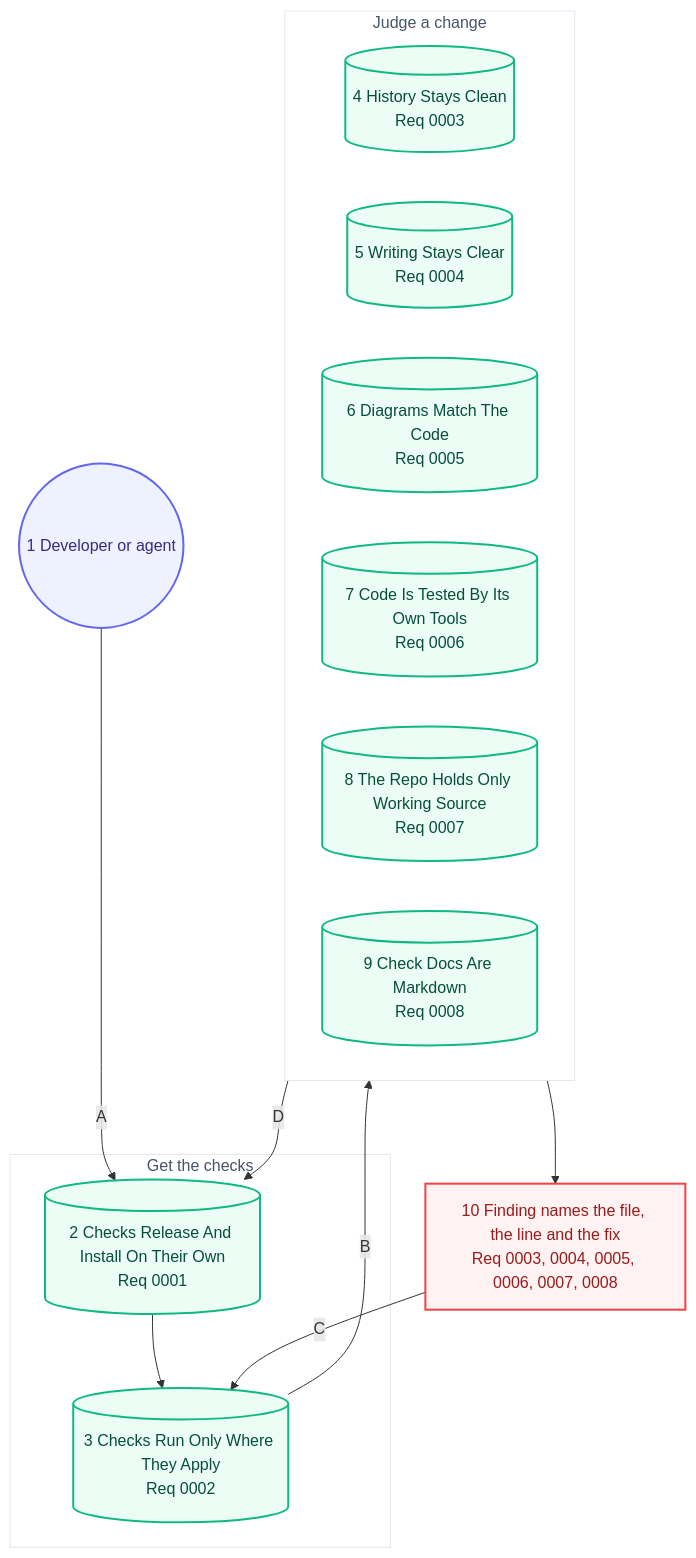
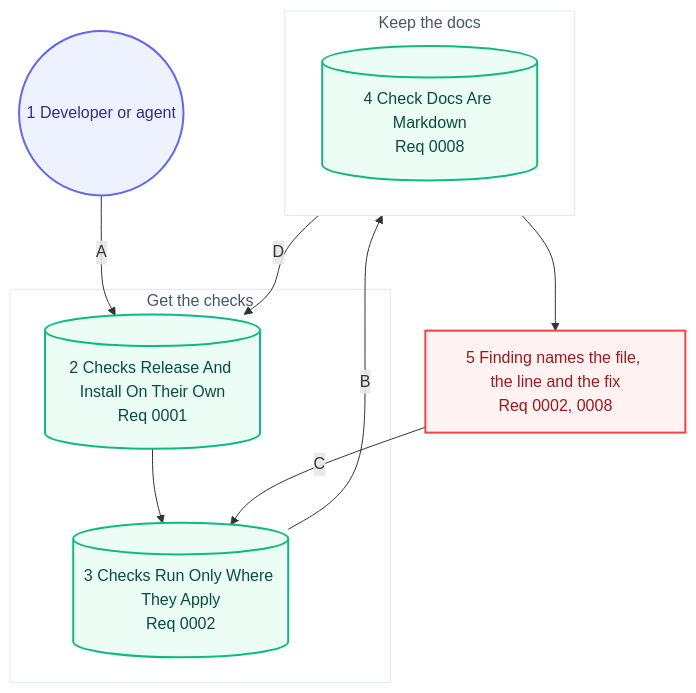
The second of 2 diagrams in docs/architecture/05-user-journey.md (may-journal/fitness-checks), drawn with Mermaid before and after one commit. The commit also changed other lines of this file and 30 other files, not shown here.

First line of the commit message:
feat(requirements): the root docs keep only monorepo promises (#179)

````diff
--- a/docs/architecture/05-user-journey.md
+++ b/docs/architecture/05-user-journey.md
@@ -38,40 +38,35 @@
 ```mermaid
 flowchart TB
     dev((1 Developer or agent)):::persona
 
     subgraph get["Get the checks"]
         %% journey-nodes:start 0001 0002
         req0001[(2 Checks Release And Install On Their Own<br/>Req 0001)]:::system
         req0002[(3 Checks Run Only Where They Apply<br/>Req 0002)]:::system
         %% journey-nodes:end
     end
 
-    subgraph judge["Judge a change"]
-        %% journey-nodes:start 0003 0004 0005 0006 0007 0008
-        req0003[(4 History Stays Clean<br/>Req 0003)]:::system
-        req0004[(5 Writing Stays Clear<br/>Req 0004)]:::system
-        req0005[(6 Diagrams Match The Code<br/>Req 0005)]:::system
-        req0006[(7 Code Is Tested By Its Own Tools<br/>Req 0006)]:::system
-        req0007[(8 The Repo Holds Only Working Source<br/>Req 0007)]:::system
-        req0008[(9 Check Docs Are Markdown<br/>Req 0008)]:::system
+    subgraph judge["Keep the docs"]
+        %% journey-nodes:start 0008
+        req0008[(4 Check Docs Are Markdown<br/>Req 0008)]:::system
         %% journey-nodes:end
     end
 
-    red[10 Finding names the file, the line and the fix<br/>Req 0003, 0004, 0005, 0006, 0007, 0008]:::blocked
+    red[5 Finding names the file, the line and the fix<br/>Req 0002, 0008]:::blocked
 
     dev -->|A| req0001
     req0001 --> req0002
     req0002 -->|B| judge
     judge --> red
     red -->|C| req0002
     judge -->|D| req0001
 
     classDef persona fill:#eef2ff,stroke:#6366f1,color:#312e81,stroke-width:2px
     classDef screen fill:#f8fafc,stroke:#64748b,color:#1e293b,stroke-width:2px
     classDef action fill:#fff7ed,stroke:#f97316,color:#9a3412,stroke-width:2px
     classDef system fill:#ecfdf5,stroke:#10b981,color:#064e3b,stroke-width:2px
     classDef blocked fill:#fef2f2,stroke:#ef4444,color:#991b1b,stroke-width:2px
 
     style get fill:#ffffff,stroke:#e2e8f0,color:#475569,stroke-width:1px
     style judge fill:#ffffff,stroke:#e2e8f0,color:#475569,stroke-width:1px
 ```
````
